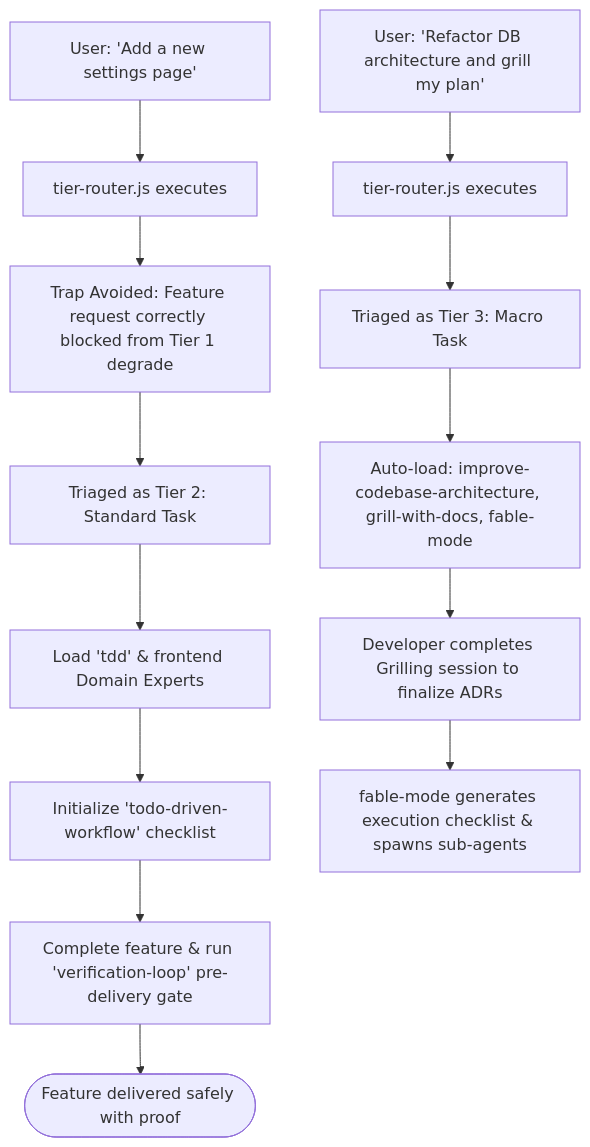
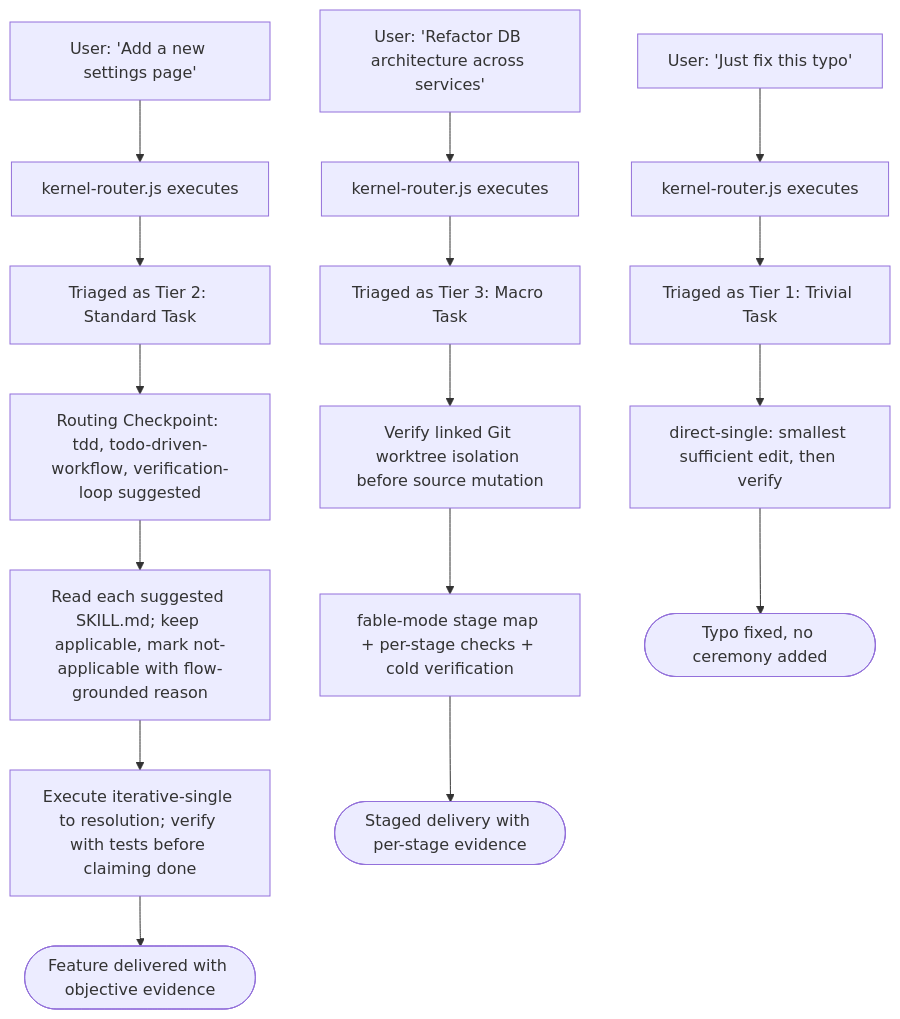
One commit to dyphn1/Harness-everything changed the third of 3 diagrams in docs/workflows/harness-everything.md. Above: the diagram before and after it, drawn with Mermaid. The commit also changed other lines of this file and 4 other files, not shown here.

First line of the commit message:
docs: Sync skill catalog and mechanism coverage after workflow lifecycle work

````diff
--- a/docs/workflows/harness-everything.md
+++ b/docs/workflows/harness-everything.md
@@ -70,16 +64,20 @@
 ```mermaid
 graph TD
-  Input1["User: 'Add a new settings page'"] --> Router1["tier-router.js executes"]
-  Router1 --> TrapCheck["Trap Avoided: Feature request correctly blocked from Tier 1 degrade"]
-  TrapCheck --> Triage2["Triaged as Tier 2: Standard Task"]
-  Triage2 --> DomainSummon["Load 'tdd' & frontend Domain Experts"]
-  DomainSummon --> BaseLoop["Initialize 'todo-driven-workflow' checklist"]
-  BaseLoop --> VerifyGate["Complete feature & run 'verification-loop' pre-delivery gate"]
-  VerifyGate --> Done1([Feature delivered safely with proof])
-  
-  Input2["User: 'Refactor DB architecture and grill my plan'"] --> Router2["tier-router.js executes"]
+  Input1["User: 'Add a new settings page'"] --> Router1["kernel-router.js executes"]
+  Router1 --> Triage2["Triaged as Tier 2: Standard Task"]
+  Triage2 --> Checkpoint1["Routing Checkpoint: tdd, todo-driven-workflow, verification-loop suggested"]
+  Checkpoint1 --> Eval1["Read each suggested SKILL.md; keep applicable, mark not-applicable with flow-grounded reason"]
+  Eval1 --> Exec1["Execute iterative-single to resolution; verify with tests before claiming done"]
+  Exec1 --> Done1([Feature delivered with objective evidence])
+
+  Input2["User: 'Refactor DB architecture across services'"] --> Router2["kernel-router.js executes"]
   Router2 --> Triage3["Triaged as Tier 3: Macro Task"]
-  Triage3 --> RecGuides["Auto-load: improve-codebase-architecture, grill-with-docs, fable-mode"]
-  RecGuides --> Process["Developer completes Grilling session to finalize ADRs"]
-  Process --> Execute["fable-mode generates execution checklist & spawns sub-agents"]
+  Triage3 --> Iso["Verify linked Git worktree isolation before source mutation"]
+  Iso --> Exec2["fable-mode stage map + per-stage checks + cold verification"]
+  Exec2 --> Done2([Staged delivery with per-stage evidence])
+
+  Input3["User: 'Just fix this typo'"] --> Router3["kernel-router.js executes"]
+  Router3 --> Triage1["Triaged as Tier 1: Trivial Task"]
+  Triage1 --> Exec3["direct-single: smallest sufficient edit, then verify"]
+  Exec3 --> Done3([Typo fixed, no ceremony added])
 ```
````
